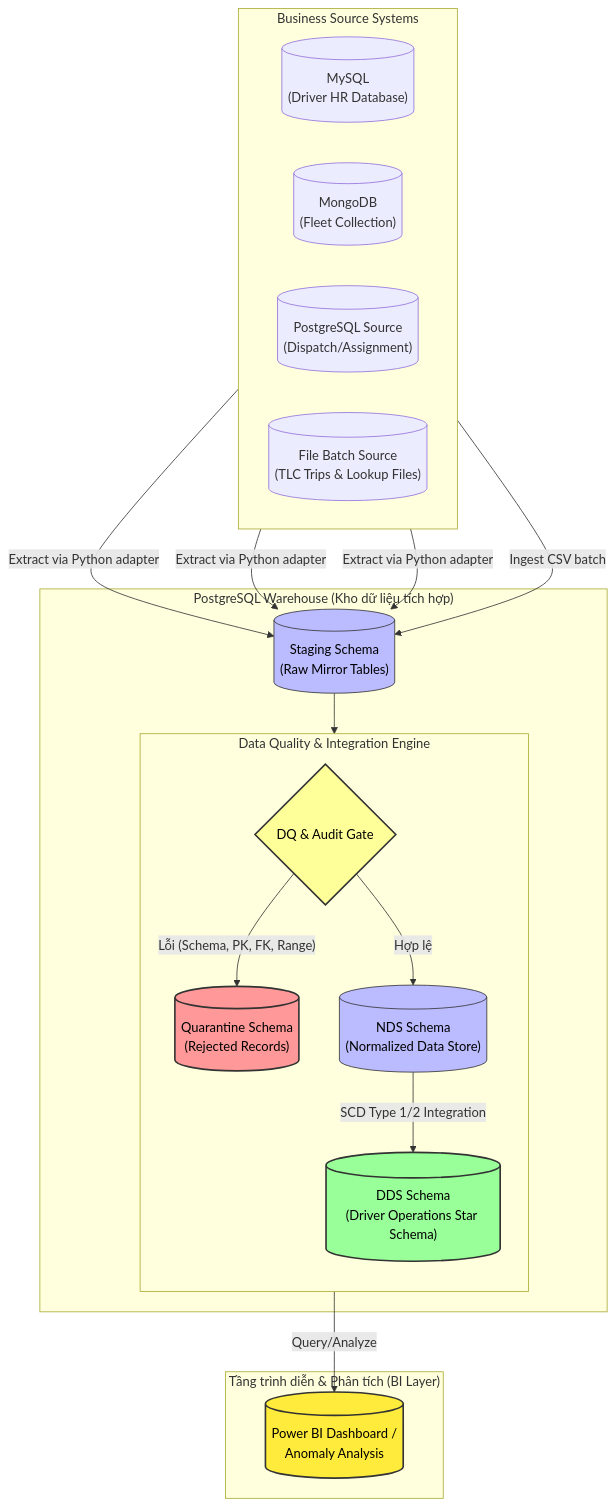
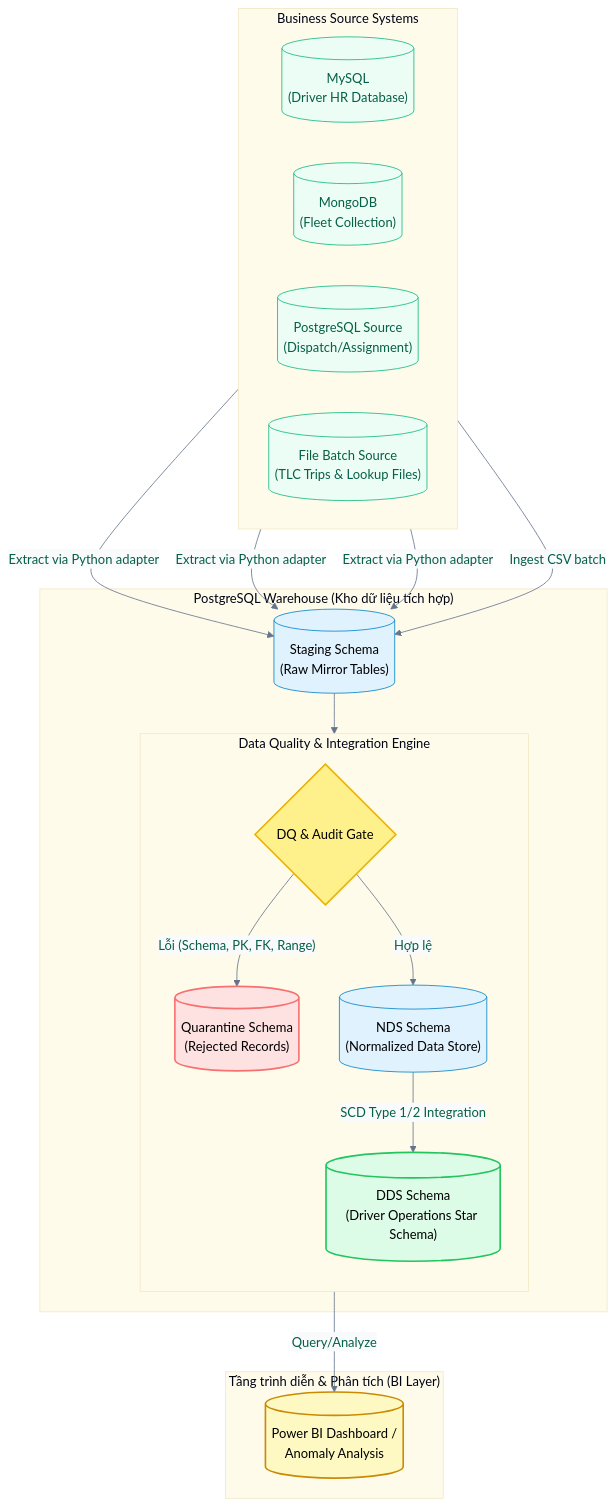
One commit to HuyVuCV1011/Green-taxi changed the first of 2 diagrams in README.md. Above: the diagram before and after it, drawn with Mermaid. The commit also changed other lines of this file and 4 other files, not shown here.

````diff
--- a/README.md
+++ b/README.md
@@ -61,44 +57,45 @@
 ```mermaid
+%%{init: {'theme': 'base', 'themeVariables': { 'primaryColor': '#ecfdf5', 'primaryTextColor': '#065f46', 'primaryBorderColor': '#10b981', 'lineColor': '#64748b', 'secondaryColor': '#f8fafc', 'tertiaryColor': '#fffbeb'}}}%%
 flowchart TD
     subgraph Sources["Business Source Systems"]
         direction LR
         MySQL[("MySQL<br>(Driver HR Database)")]
         Mongo[("MongoDB<br>(Fleet Collection)")]
         PG_Src[("PostgreSQL Source<br>(Dispatch/Assignment)")]
         Files[("File Batch Source<br>(TLC Trips & Lookup Files)")]
     end
 
     subgraph DWH["PostgreSQL Warehouse (Kho dữ liệu tích hợp)"]
         STG[("Staging Schema<br>(Raw Mirror Tables)")]
 
         subgraph Pipeline["Data Quality & Integration Engine"]
             direction TB
             DQ{"DQ & Audit Gate"}
             Q_Table[("Quarantine Schema<br>(Rejected Records)")]
             NDS[("NDS Schema<br>(Normalized Data Store)")]
             DDS[("DDS Schema<br>(Driver Operations Star Schema)")]
         end
     end
 
     subgraph Presentation["Tầng trình diễn & Phân tích (BI Layer)"]
         PBI[("Power BI Dashboard /<br>Anomaly Analysis")]
     end
 
     MySQL -->|"Extract via Python adapter"| STG
     Mongo -->|"Extract via Python adapter"| STG
     PG_Src -->|"Extract via Python adapter"| STG
     Files -->|"Ingest CSV batch"| STG
 
     STG --> DQ
     DQ -->|"Lỗi (Schema, PK, FK, Range)"| Q_Table
     DQ -->|"Hợp lệ"| NDS
     NDS -->|"SCD Type 1/2 Integration"| DDS
     DDS -->|"Query/Analyze"| PBI
 
-    style DQ fill:#ff9,stroke:#333,stroke-width:2px,color:#000
-    style Q_Table fill:#f99,stroke:#333,stroke-width:2px,color:#000
-    style STG fill:#bbf,stroke:#333,stroke-width:1px,color:#000
-    style NDS fill:#bbf,stroke:#333,stroke-width:1px,color:#000
-    style DDS fill:#9f9,stroke:#333,stroke-width:2px,color:#000
-    style PBI fill:#ffeb3b,stroke:#333,stroke-width:2px,color:#000
+    style DQ fill:#fef08a,stroke:#eab308,stroke-width:2px,color:#000
+    style Q_Table fill:#fee2e2,stroke:#f87171,stroke-width:2px,color:#000
+    style STG fill:#e0f2fe,stroke:#0284c7,stroke-width:1px,color:#000
+    style NDS fill:#e0f2fe,stroke:#0284c7,stroke-width:1px,color:#000
+    style DDS fill:#dcfce7,stroke:#22c55e,stroke-width:2px,color:#000
+    style PBI fill:#fef9c3,stroke:#ca8a04,stroke-width:2px,color:#000
 ```
````
